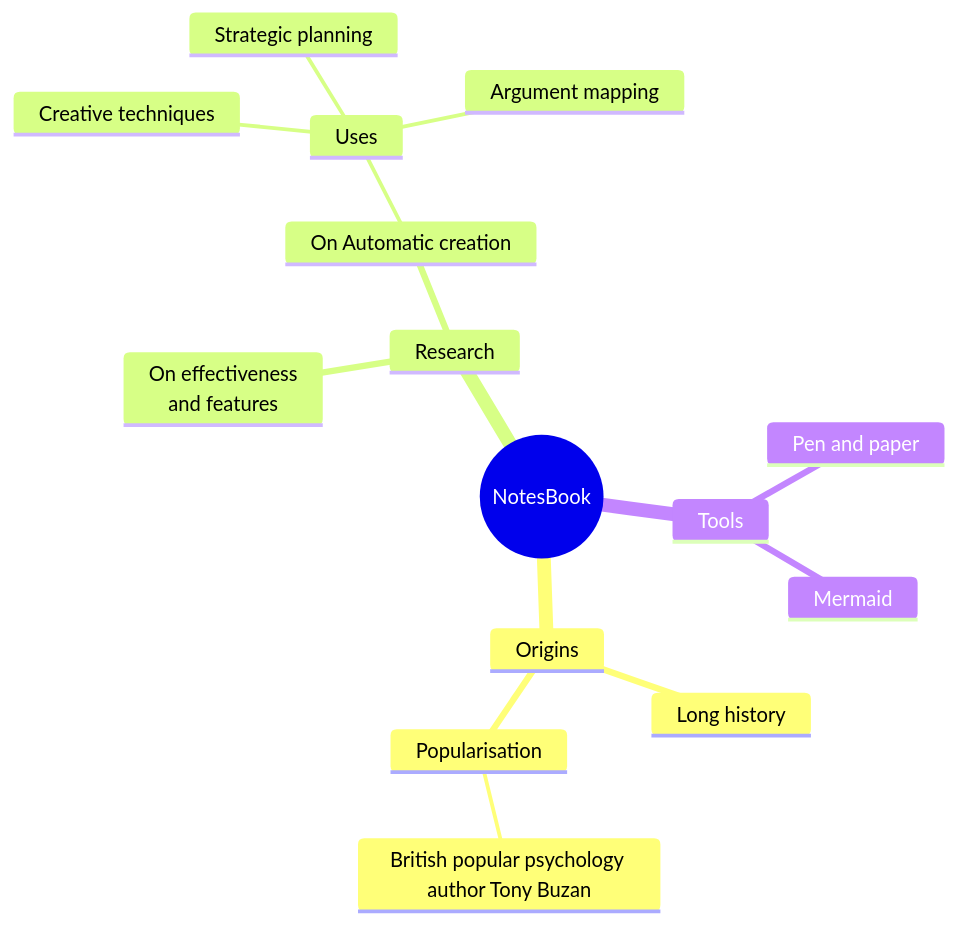
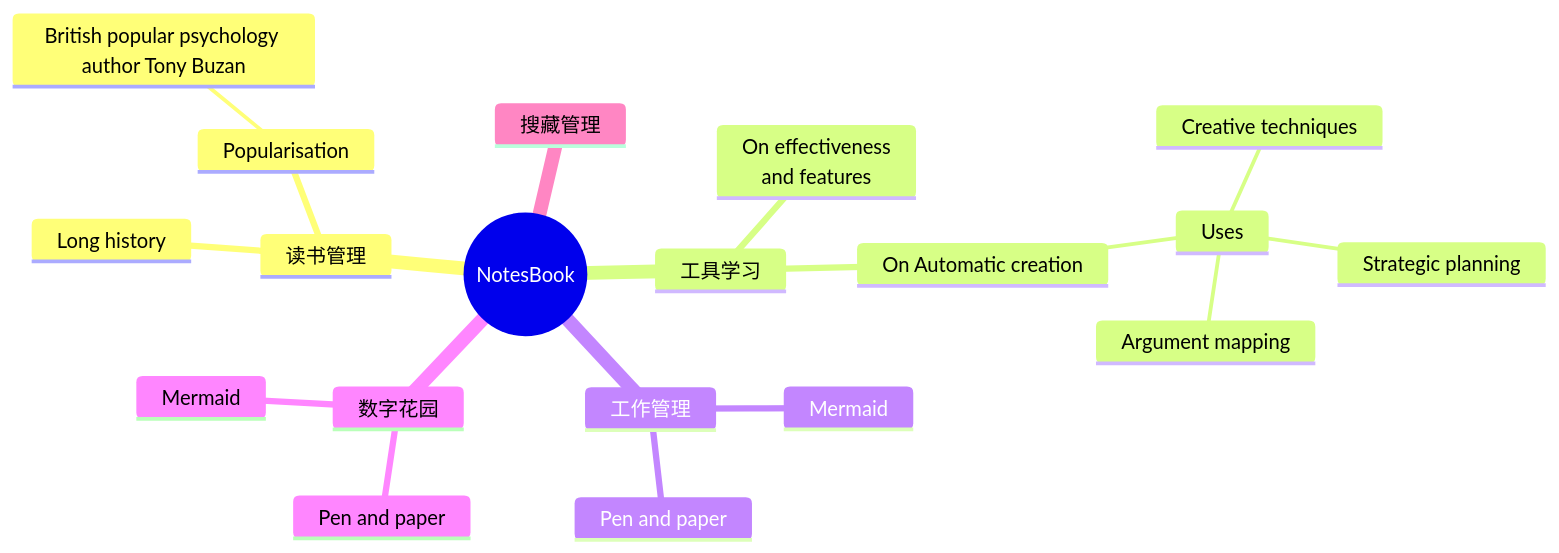
The diagram in src/README.md (ilikui/NotesBook), drawn with Mermaid before and after one commit.

Commit message:
update by likui

```diff
--- a/src/README.md
+++ b/src/README.md
@@ -15,20 +15,24 @@
     <div  class="mermaid">    
       mindmap
         root((NotesBook))
         ::icon(fa fa-book)
-          Origins
+          读书管理
             Long history
             ::icon(fa fa-book)
             Popularisation
               British popular psychology author Tony Buzan
-          Research
+          工具学习
             On effectiveness<br/>and features
             On Automatic creation
               Uses
                   Creative techniques
                   Strategic planning
                   Argument mapping
-          Tools
+          工作管理
             Pen and paper
             Mermaid
+          数字花园
+            Pen and paper
+            Mermaid
+          搜藏管理
     </div>
```
